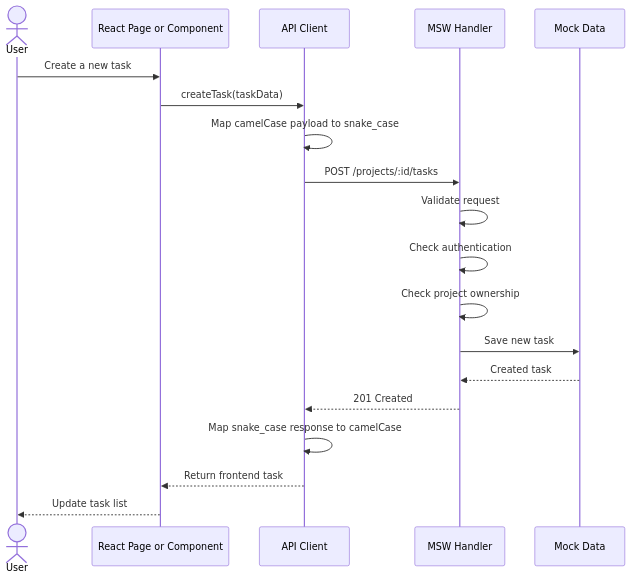
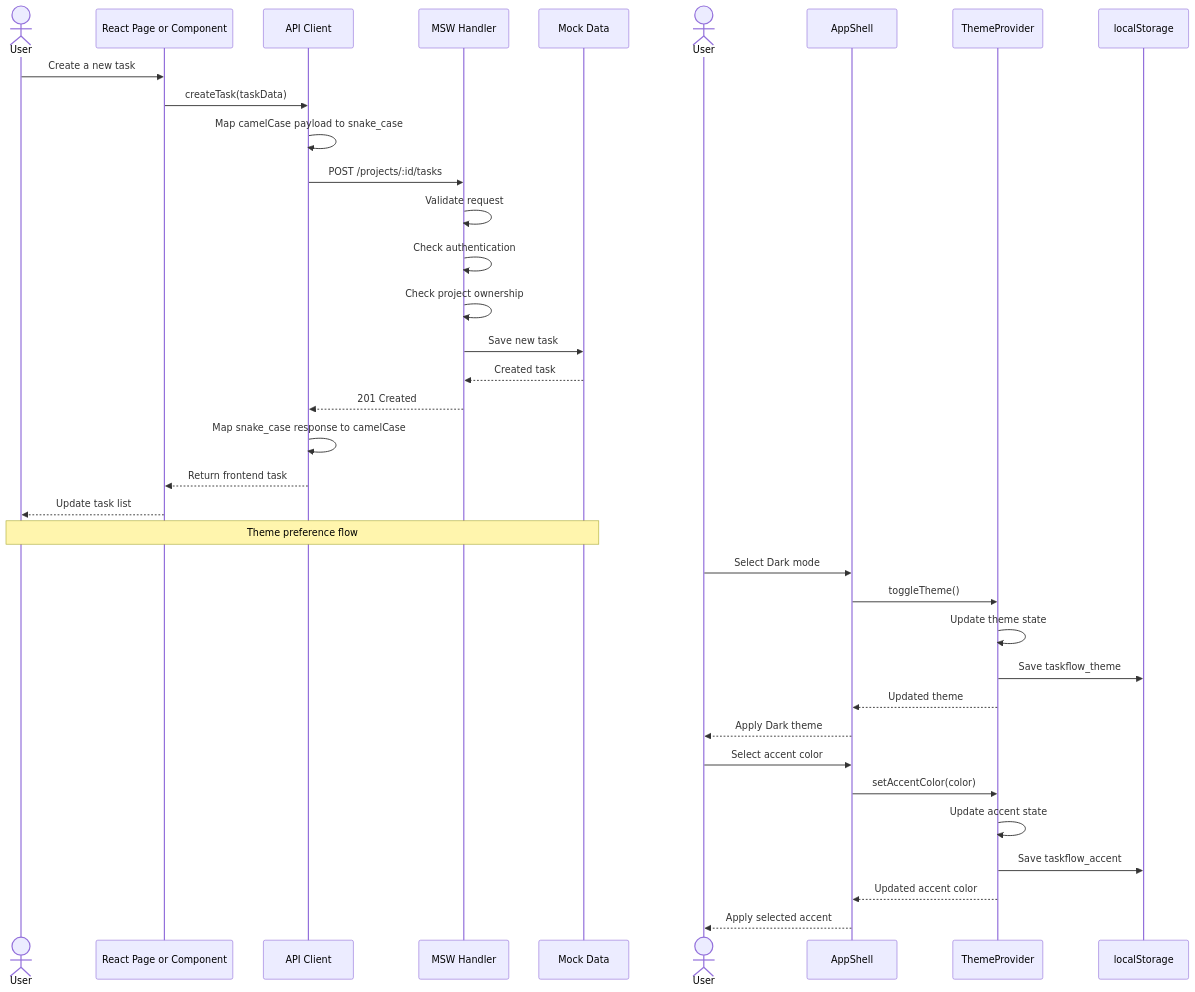
Before and after one commit to Hekal74/taskflow: the diagram in docs/diagrams/data-flow.mmd, drawn with Mermaid. The commit also changed 9 other files, not shown here.

```diff
--- a/docs/diagrams/data-flow.mmd
+++ b/docs/diagrams/data-flow.mmd
@@ -1,22 +1,44 @@
+
 sequenceDiagram
     actor User
     participant UI as React Page or Component
     participant API as API Client
     participant MSW as MSW Handler
     participant Data as Mock Data
 
     User->>UI: Create a new task
     UI->>API: createTask(taskData)
     API->>API: Map camelCase payload to snake_case
     API->>MSW: POST /projects/:id/tasks
 
     MSW->>MSW: Validate request
     MSW->>MSW: Check authentication
     MSW->>MSW: Check project ownership
     MSW->>Data: Save new task
 
     Data-->>MSW: Created task
     MSW-->>API: 201 Created
     API->>API: Map snake_case response to camelCase
     API-->>UI: Return frontend task
     UI-->>User: Update task list
+
+    Note over User,Data: Theme preference flow
+
+    actor ThemeUser as User
+    participant Shell as AppShell
+    participant Provider as ThemeProvider
+    participant Storage as localStorage
+
+    ThemeUser->>Shell: Select Dark mode
+    Shell->>Provider: toggleTheme()
+    Provider->>Provider: Update theme state
+    Provider->>Storage: Save taskflow_theme
+    Provider-->>Shell: Updated theme
+    Shell-->>ThemeUser: Apply Dark theme
+
+    ThemeUser->>Shell: Select accent color
+    Shell->>Provider: setAccentColor(color)
+    Provider->>Provider: Update accent state
+    Provider->>Storage: Save taskflow_accent
+    Provider-->>Shell: Updated accent color
+    Shell-->>ThemeUser: Apply selected accent
```
